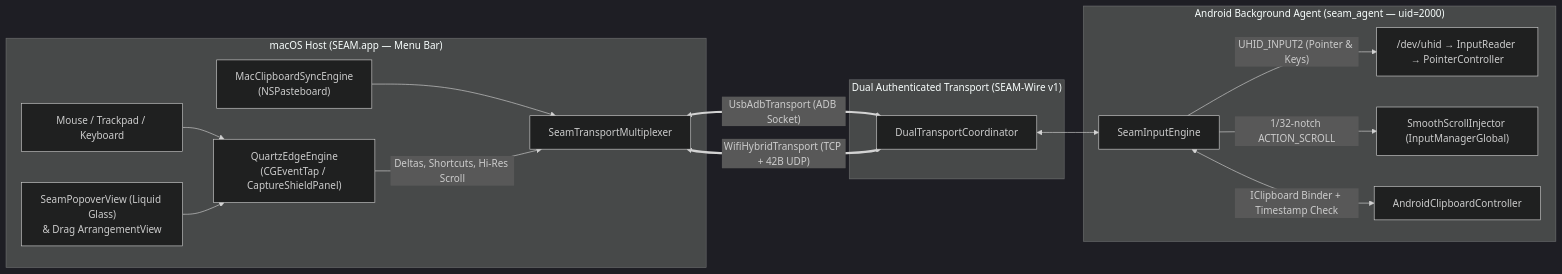
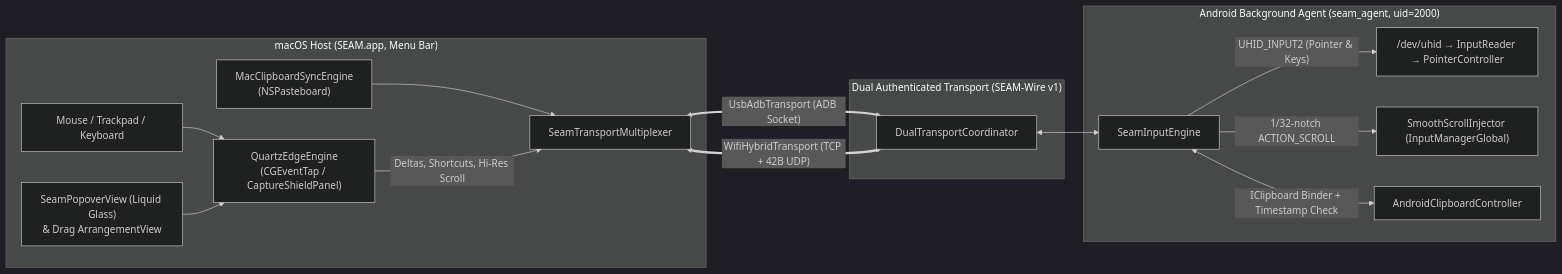
The diagram in README.md (CalebPiusC/Seam), drawn with Mermaid (dark theme) before and after one commit. The commit also changed other lines of this file, not shown here.

````diff
--- a/README.md
+++ b/README.md
@@ -122,21 +114,21 @@
 ```mermaid
 flowchart LR
-    subgraph macOS["macOS Host (SEAM.app — Menu Bar)"]
+    subgraph macOS["macOS Host (SEAM.app, Menu Bar)"]
         Input["Mouse / Trackpad / Keyboard"] --> Quartz["QuartzEdgeEngine<br/>(CGEventTap / CaptureShieldPanel)"]
         ClipMac["MacClipboardSyncEngine<br/>(NSPasteboard)"] --> Mux["SeamTransportMultiplexer"]
         Quartz -->|"Deltas, Shortcuts, Hi-Res Scroll"| Mux
         Popover["SeamPopoverView (Liquid Glass)<br/>& Drag ArrangementView"] --> Quartz
     end
 
     subgraph Transport["Dual Authenticated Transport (SEAM-Wire v1)"]
         Mux <==>|"UsbAdbTransport (ADB Socket)"| Coord["DualTransportCoordinator"]
         Mux <==>|"WifiHybridTransport (TCP + 42B UDP)"| Coord
     end
 
-    subgraph Android["Android Background Agent (seam_agent — uid=2000)"]
+    subgraph Android["Android Background Agent (seam_agent, uid=2000)"]
         Coord <--> Engine["SeamInputEngine"]
         Engine -->|"UHID_INPUT2 (Pointer & Keys)"| UHID["/dev/uhid → InputReader → PointerController"]
         Engine -->|"1/32-notch ACTION_SCROLL"| Smooth["SmoothScrollInjector (InputManagerGlobal)"]
         Engine <-->|"IClipboard Binder + Timestamp Check"| ClipAnd["AndroidClipboardController"]
     end
 ```
````
